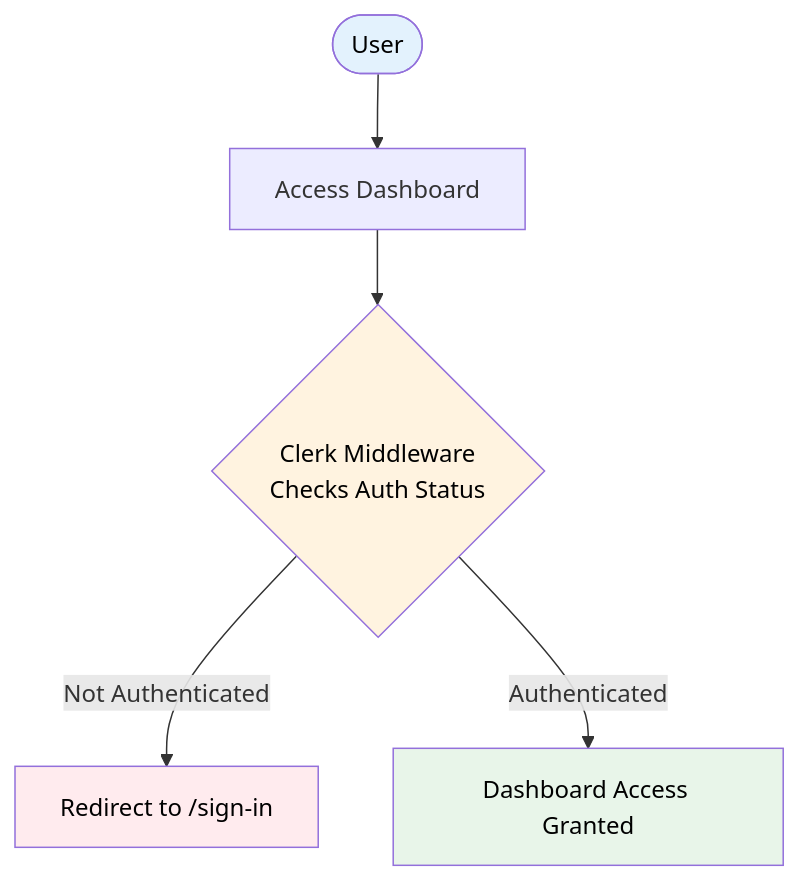
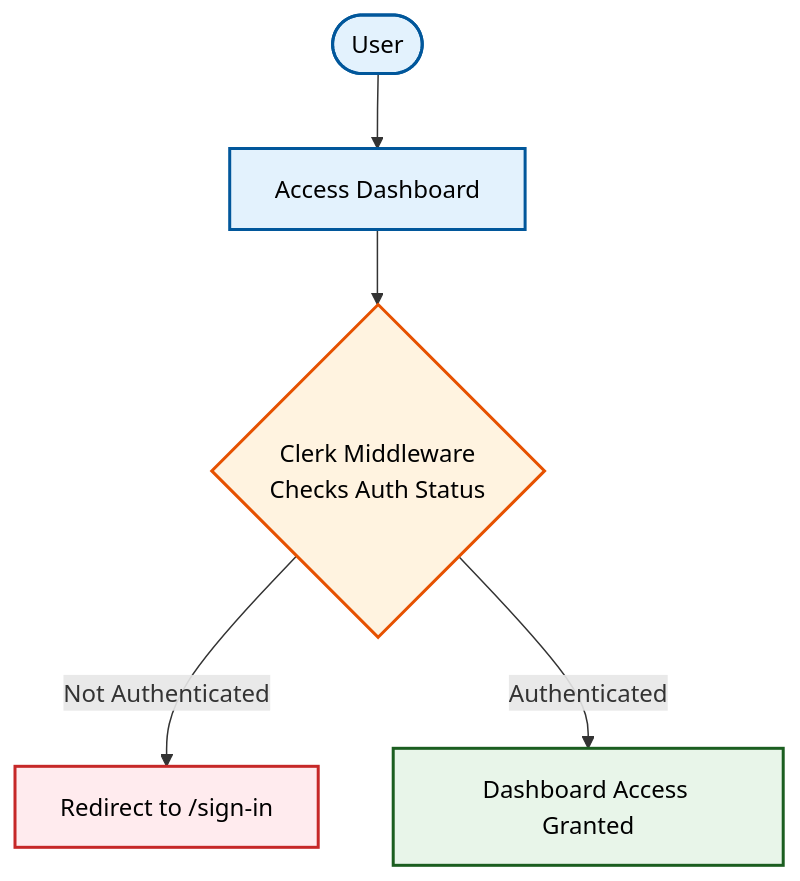
One commit to ism417/agency-dashboard changed the second of 5 diagrams in Documentation.md. Above: the diagram before and after it, drawn with Mermaid. The commit also changed other lines of this file, not shown here.

````diff
--- a/Documentation.md
+++ b/Documentation.md
@@ -112,13 +112,14 @@
 ```mermaid
 flowchart TD
     User([User]) --> AccessDash[Access Dashboard]
     AccessDash --> ClerkCheck{"Clerk Middleware
     Checks Auth Status"}
     ClerkCheck -->|Not Authenticated| SignIn[Redirect to /sign-in]
     ClerkCheck -->|Authenticated| DashAccess[Dashboard Access Granted]
     
-    style User fill:#e3f2fd,color:#000
-    style ClerkCheck fill:#fff3e0,color:#000
-    style SignIn fill:#ffebee,color:#000
-    style DashAccess fill:#e8f5e9,color:#000
+    style User fill:#e3f2fd,stroke:#01579b,stroke-width:2px,color:#000
+    style AccessDash fill:#e3f2fd,stroke:#01579b,stroke-width:2px,color:#000
+    style ClerkCheck fill:#fff3e0,stroke:#e65100,stroke-width:2px,color:#000
+    style SignIn fill:#ffebee,stroke:#c62828,stroke-width:2px,color:#000
+    style DashAccess fill:#e8f5e9,stroke:#1b5e20,stroke-width:2px,color:#000
 ```
````
